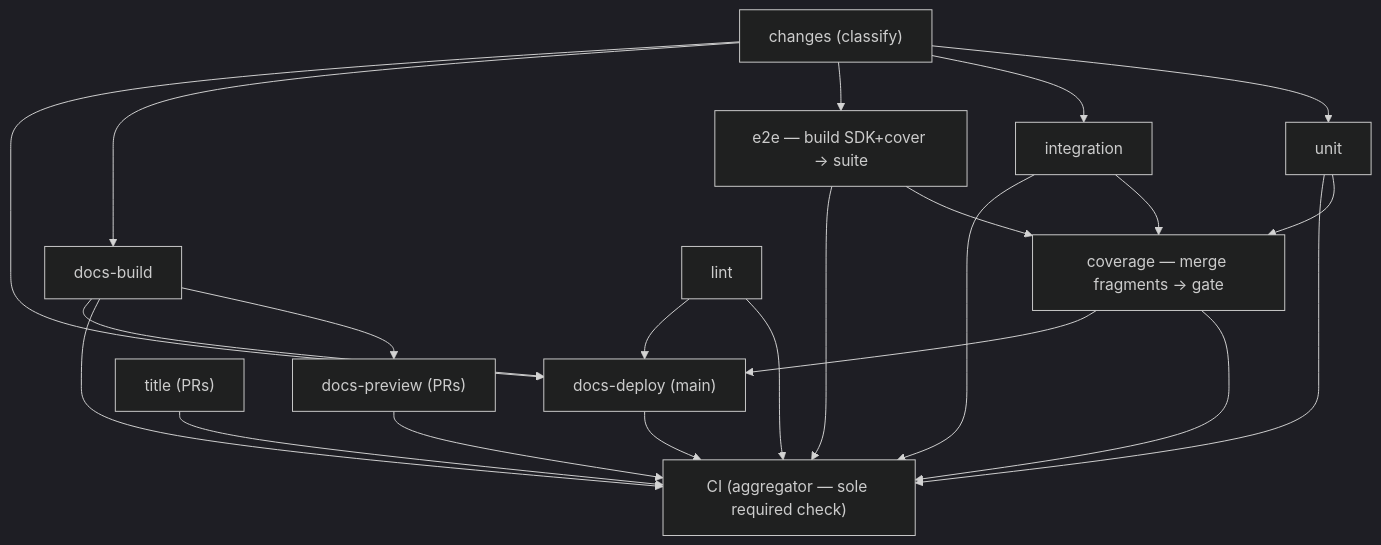
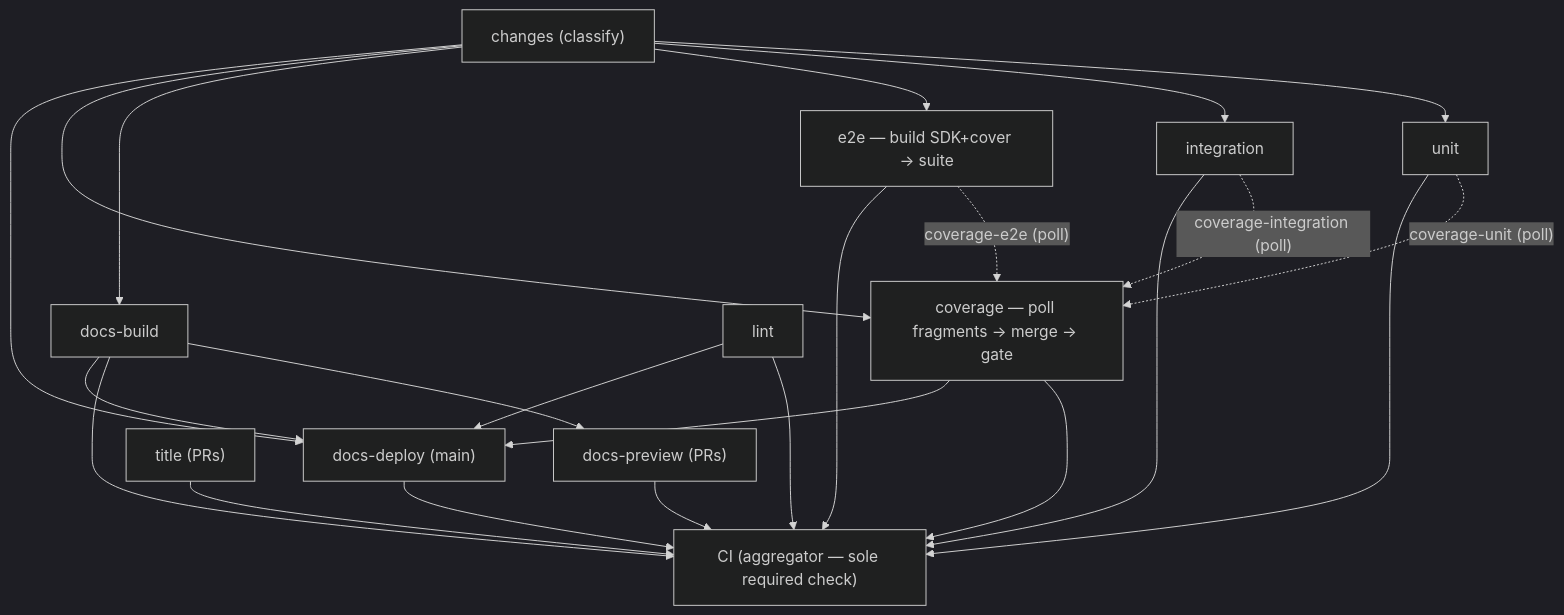
The diagram in .github/workflows/README.md (Wave-RF/WaveHouse), drawn with Mermaid (dark theme) before and after one commit. The commit also changed other lines of this file and 4 other files, not shown here.

````diff
--- a/.github/workflows/README.md
+++ b/.github/workflows/README.md
@@ -13,24 +14,25 @@
 ```mermaid
 graph TB
     changes["changes (classify)"] --> unit["unit"]
     changes --> integration["integration"]
     changes --> e2e["e2e — build SDK+cover → suite"]
     changes --> docsbuild["docs-build"]
+    changes --> coverage["coverage — poll fragments → merge → gate"]
     docsbuild --> preview["docs-preview (PRs)"]
-    unit --> coverage["coverage — merge fragments → gate"]
-    integration --> coverage
-    e2e --> coverage
+    unit -. "coverage-unit (poll)" .-> coverage
+    integration -. "coverage-integration (poll)" .-> coverage
+    e2e -. "coverage-e2e (poll)" .-> coverage
     title["title (PRs)"] --> ci["CI (aggregator — sole required check)"]
     lint["lint"] --> ci
     coverage --> ci
     e2e --> ci
     unit --> ci
     integration --> ci
     docsbuild --> ci
     preview --> ci
     deploy["docs-deploy (main)"] --> ci
     changes --> deploy
     lint --> deploy
     docsbuild --> deploy
     coverage --> deploy
 ```
````
